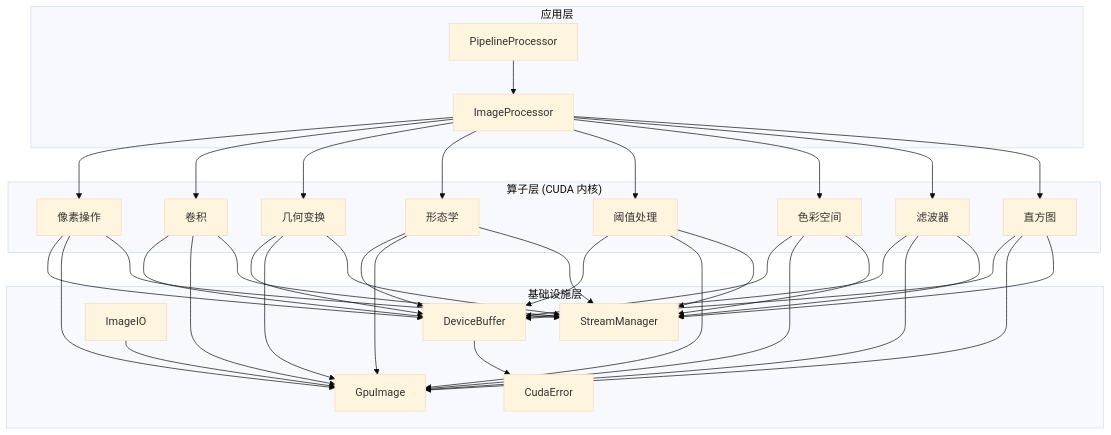
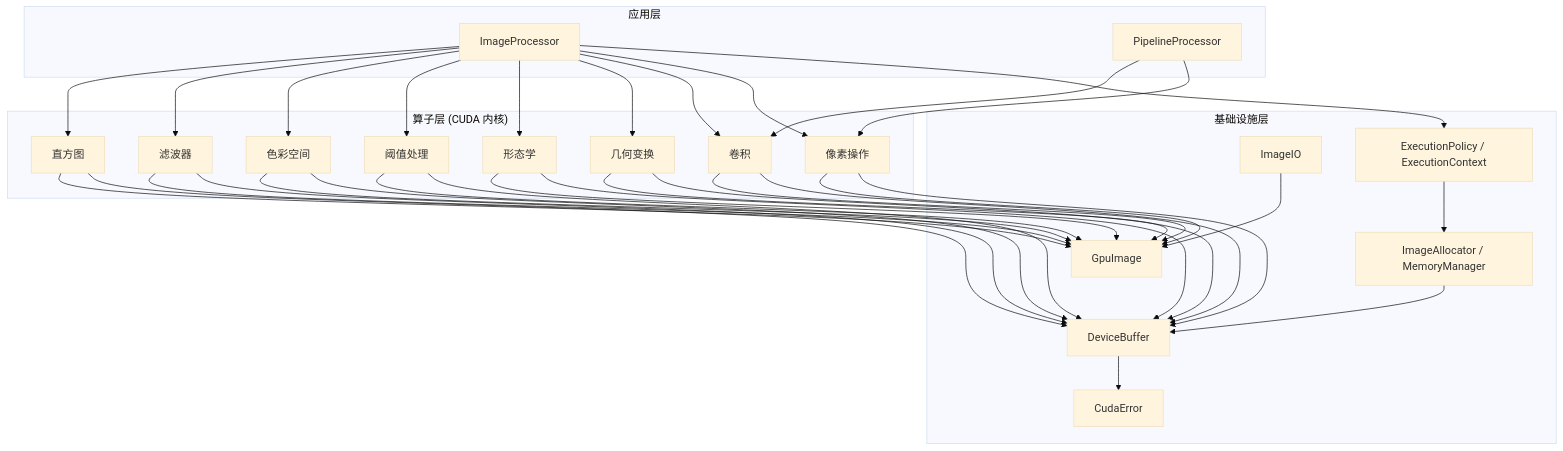
One commit to vibe-knight/cudaimg changed the first of 4 diagrams in docs/zh/architecture/overview.md. Above: the diagram before and after it, drawn with Mermaid (base theme). The commit also changed other lines of this file and 87 other files, not shown here.

````diff
--- a/docs/zh/architecture/overview.md
+++ b/docs/zh/architecture/overview.md
@@ -7,33 +7,37 @@
 ```mermaid
 graph TB
     subgraph APP["应用层"]
         IP[ImageProcessor]
         PP[PipelineProcessor]
     end
     
     subgraph OP["算子层 (CUDA 内核)"]
         PO[像素操作]
         CV[卷积]
         GM[几何变换]
         MP[形态学]
         TH[阈值处理]
         CS[色彩空间]
         FT[滤波器]
         HG[直方图]
     end
     
     subgraph INF["基础设施层"]
         DB[DeviceBuffer]
         GI[GpuImage]
         CE[CudaError]
         IO[ImageIO]
-        SM[StreamManager]
+        EC[ExecutionPolicy / ExecutionContext]
+        MM[ImageAllocator / MemoryManager]
     end
     
+    IP --> EC
     IP --> PO & CV & GM & MP & TH & CS & FT & HG
-    PP --> IP
+    PP --> PO & CV
     
-    PO & CV & GM & MP & TH & CS & FT & HG --> DB & GI & SM
+    PO & CV & GM & MP & TH & CS & FT & HG --> DB & GI
+    EC --> MM
+    MM --> DB
     DB --> CE
     IO --> GI
 ```
````
